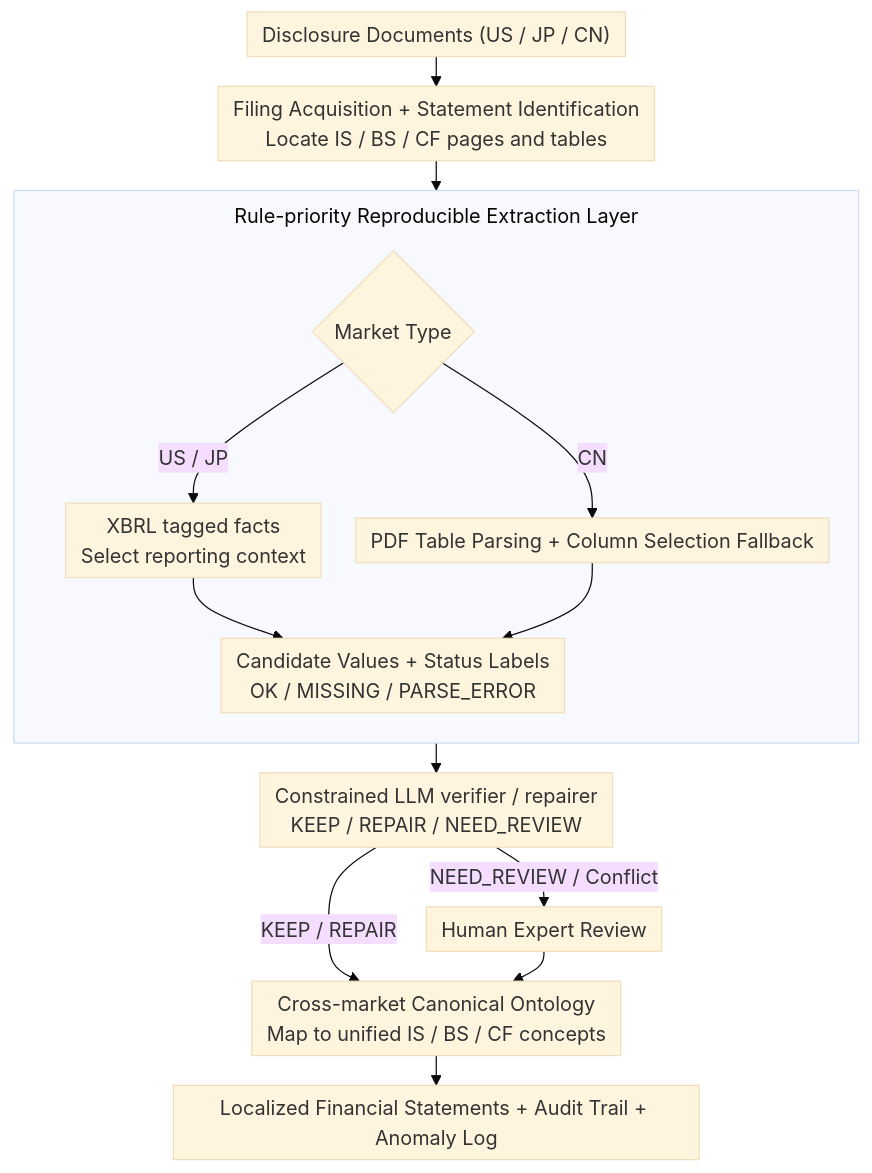
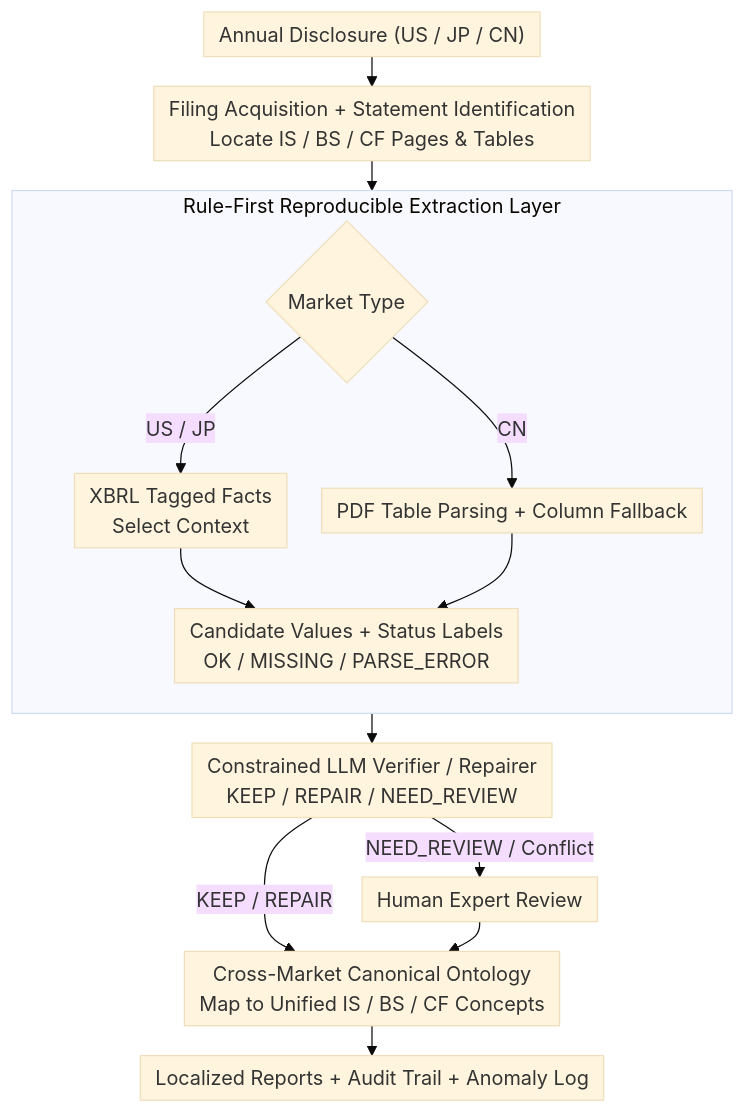
The diagram in docs/ACL2026/llm_reasoning/finreporting_an_agentic_workflow_for_localized_reporting_of_cross-jurisdiction_f.md (zhaoyang97/Paper-Notes-en), drawn with Mermaid (base theme) before and after one commit. The commit also changed other lines of this file and 5084 other files, not shown here.

````diff
--- a/docs/ACL2026/llm_reasoning/finreporting_an_agentic_workflow_for_localized_reporting_of_cross-jurisdiction_f.md
+++ b/docs/ACL2026/llm_reasoning/finreporting_an_agentic_workflow_for_localized_reporting_of_cross-jurisdiction_f.md
@@ -47,19 +47,19 @@
 ```mermaid
-%%{init: {'flowchart': {'rankSpacing': 24, 'nodeSpacing': 28, 'padding': 6, 'wrappingWidth': 400, 'subGraphTitleMargin': {'top': 8, 'bottom': 16}}}}%%
+%%{init: {'flowchart': {'rankSpacing': 24, 'nodeSpacing': 28, 'padding': 6, 'wrappingWidth': 400}}}%%
 flowchart TD
-    A["Disclosure Documents (US / JP / CN)"] --> B["Filing Acquisition + Statement Identification<br/>Locate IS / BS / CF pages and tables"]
-    subgraph EXT["Rule-priority Reproducible Extraction Layer"]
+    A["Annual Disclosure (US / JP / CN)"] --> B["Filing Acquisition + Statement Identification<br/>Locate IS / BS / CF Pages & Tables"]
+    subgraph EXT["Rule-First Reproducible Extraction Layer"]
         direction TB
         C{"Market Type"}
-        C -->|"US / JP"| D["XBRL tagged facts<br/>Select reporting context"]
-        C -->|"CN"| E["PDF Table Parsing + Column Selection Fallback"]
+        C -->|"US / JP"| D["XBRL Tagged Facts<br/>Select Context"]
+        C -->|"CN"| E["PDF Table Parsing + Column Fallback"]
         D --> F["Candidate Values + Status Labels<br/>OK / MISSING / PARSE_ERROR"]
         E --> F
     end
     B --> C
-    F --> G["Constrained LLM verifier / repairer<br/>KEEP / REPAIR / NEED_REVIEW"]
-    G -->|"KEEP / REPAIR"| H["Cross-market Canonical Ontology<br/>Map to unified IS / BS / CF concepts"]
+    F --> G["Constrained LLM Verifier / Repairer<br/>KEEP / REPAIR / NEED_REVIEW"]
+    G -->|"KEEP / REPAIR"| H["Cross-Market Canonical Ontology<br/>Map to Unified IS / BS / CF Concepts"]
     G -->|"NEED_REVIEW / Conflict"| J["Human Expert Review"]
     J --> H
-    H --> I["Localized Financial Statements + Audit Trail + Anomaly Log"]
+    H --> I["Localized Reports + Audit Trail + Anomaly Log"]
 ```
````
